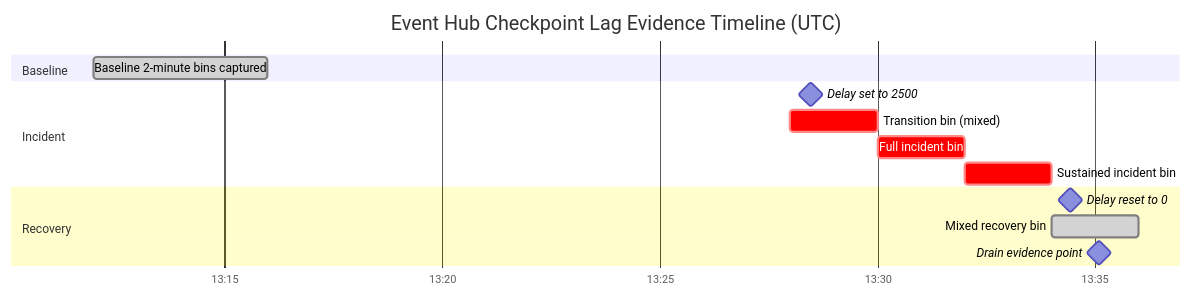
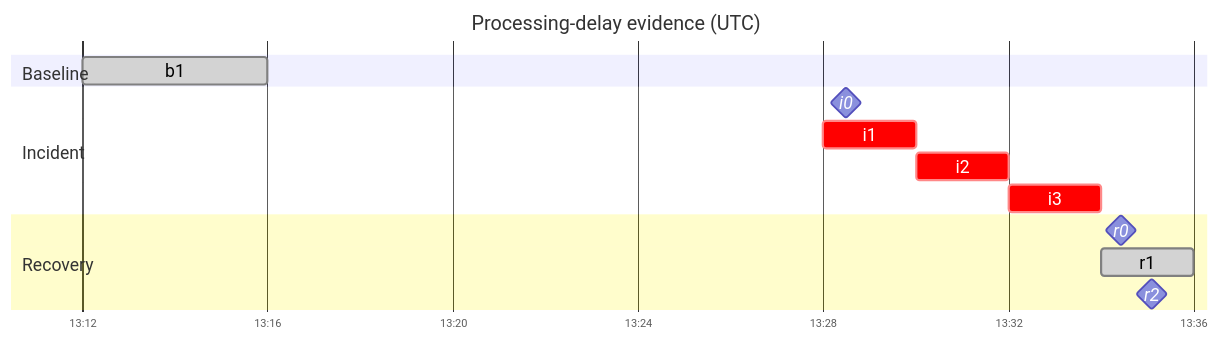
Before and after one commit to yeongseon/azure-functions-practical-guide: the fifth of 5 diagrams in docs/troubleshooting/lab-guides/event-hub-checkpoint-lag.md, drawn with Mermaid. The commit also changed other lines of this file, not shown here.

First line of the commit message:
docs(diagrams): improve processing-delay lab diagram readability

````diff
--- a/docs/troubleshooting/lab-guides/event-hub-checkpoint-lag.md
+++ b/docs/troubleshooting/lab-guides/event-hub-checkpoint-lag.md
@@ -929,17 +964,21 @@
 ```mermaid
+%%{init: {'gantt': {'fontSize': 16, 'sectionFontSize': 16, 'leftPadding': 65, 'rightPadding': 25, 'barHeight': 25}, 'themeVariables': {'fontSize': '16px'}}}%%
 gantt
-    title Event Hub Checkpoint Lag Evidence Timeline (UTC)
+    accTitle: Historical processing-delay evidence timeline
+    accDescr: UTC baseline, incident and recovery bins and delay-control milestones from the retained execution ledger. Short task keys are expanded below. All original start times, durations and statuses remain; this is not new Azure validation or a checkpoint-lag measurement.
+    title Processing-delay evidence (UTC)
     dateFormat  HH:mm:ss
     axisFormat  %H:%M
+    tickInterval 4minute
     section Baseline
-    Baseline 2-minute bins captured              :done, b1, 13:12:00, 4m
+    b1                                          :done, b1, 13:12:00, 4m
     section Incident
-    Delay set to 2500                            :milestone, i0, 13:28:29, 0s
-    Transition bin (mixed)                       :crit, i1, 13:28:00, 2m
-    Full incident bin                            :crit, i2, 13:30:00, 2m
-    Sustained incident bin                        :crit, i3, 13:32:00, 2m
+    i0                                          :milestone, i0, 13:28:29, 0s
+    i1                                          :crit, i1, 13:28:00, 2m
+    i2                                          :crit, i2, 13:30:00, 2m
+    i3                                          :crit, i3, 13:32:00, 2m
     section Recovery
-    Delay reset to 0                             :milestone, r0, 13:34:26, 0s
-    Mixed recovery bin                            :done, r1, 13:34:00, 2m
-    Drain evidence point                          :milestone, r2, 13:35:06, 0s
+    r0                                          :milestone, r0, 13:34:26, 0s
+    r1                                          :done, r1, 13:34:00, 2m
+    r2                                          :milestone, r2, 13:35:06, 0s
 ```
````
